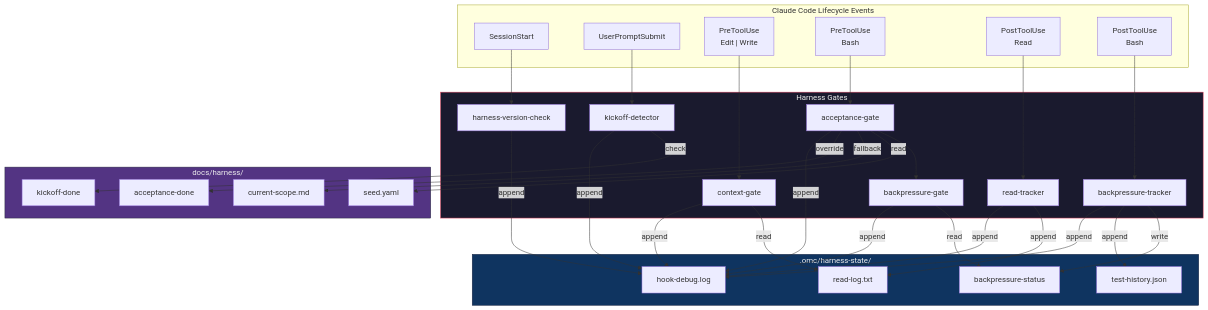
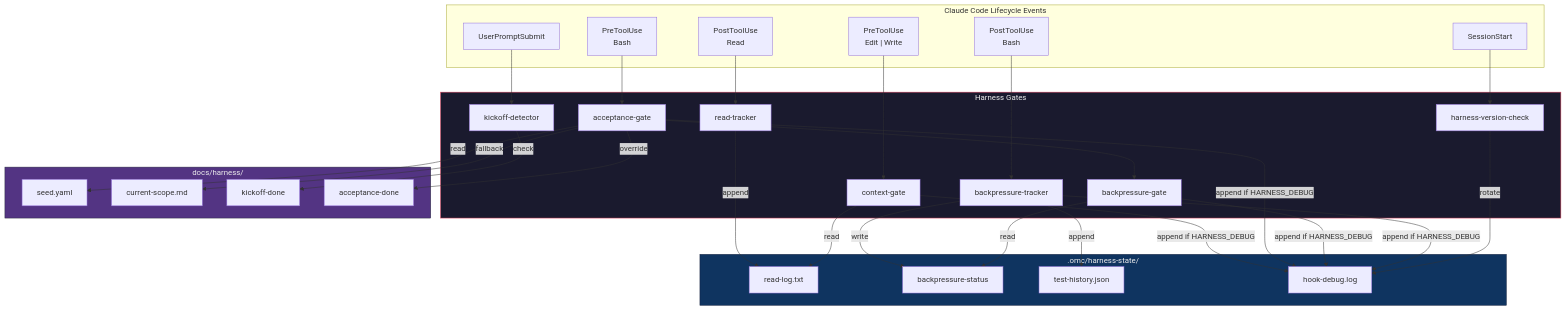
The first of 7 diagrams in docs/architecture/harness-architecture.md (rae-hugo-kim/claude), drawn with Mermaid before and after one commit. The commit also changed other lines of this file and 11 other files, not shown here.

First line of the commit message:
fix(harness): gate hook debug logging behind HARNESS_DEBUG (P1 #8a)

````diff
--- a/docs/architecture/harness-architecture.md
+++ b/docs/architecture/harness-architecture.md
@@ -10,59 +10,60 @@
 ```mermaid
 flowchart TB
     subgraph Lifecycle["Claude Code Lifecycle Events"]
         SS[SessionStart]
         UPS[UserPromptSubmit]
         PRE_RW["PreToolUse<br/>Edit | Write"]
         PRE_BASH["PreToolUse<br/>Bash"]
         POST_READ["PostToolUse<br/>Read"]
         POST_BASH["PostToolUse<br/>Bash"]
     end
 
     subgraph Gates["Harness Gates"]
         HVC[harness-version-check]
         KD[kickoff-detector]
         CG[context-gate]
         AG[acceptance-gate]
         BG[backpressure-gate]
         RT[read-tracker]
         BT[backpressure-tracker]
     end
 
     subgraph State[".omc/harness-state/"]
         RL[read-log.txt]
         BS[backpressure-status]
         TH[test-history.json]
         DL[hook-debug.log]
     end
 
     subgraph Docs["docs/harness/"]
         SEED[seed.yaml]
         SCOPE[current-scope.md]
         KF[kickoff-done]
         AF[acceptance-done]
     end
 
     SS --> HVC
     UPS --> KD
     PRE_RW --> CG
     PRE_BASH --> AG --> BG
     POST_READ --> RT
     POST_BASH --> BT
 
     RT -->|append| RL
     CG -->|read| RL
     BT -->|write| BS
     BT -->|append| TH
     BG -->|read| BS
 
     AG -->|read| SEED
     AG -->|fallback| SCOPE
     AG -->|override| AF
     KD -->|check| KF
 
-    HVC & KD & CG & AG & BG & RT & BT -->|append| DL
+    CG & AG & BG & BT -->|append if HARNESS_DEBUG| DL
+    HVC -->|rotate| DL
 
     style Gates fill:#1a1a2e,stroke:#e94560,color:#eee
     style State fill:#0f3460,stroke:#16213e,color:#eee
     style Docs fill:#533483,stroke:#2b2d42,color:#eee
 ```
````
